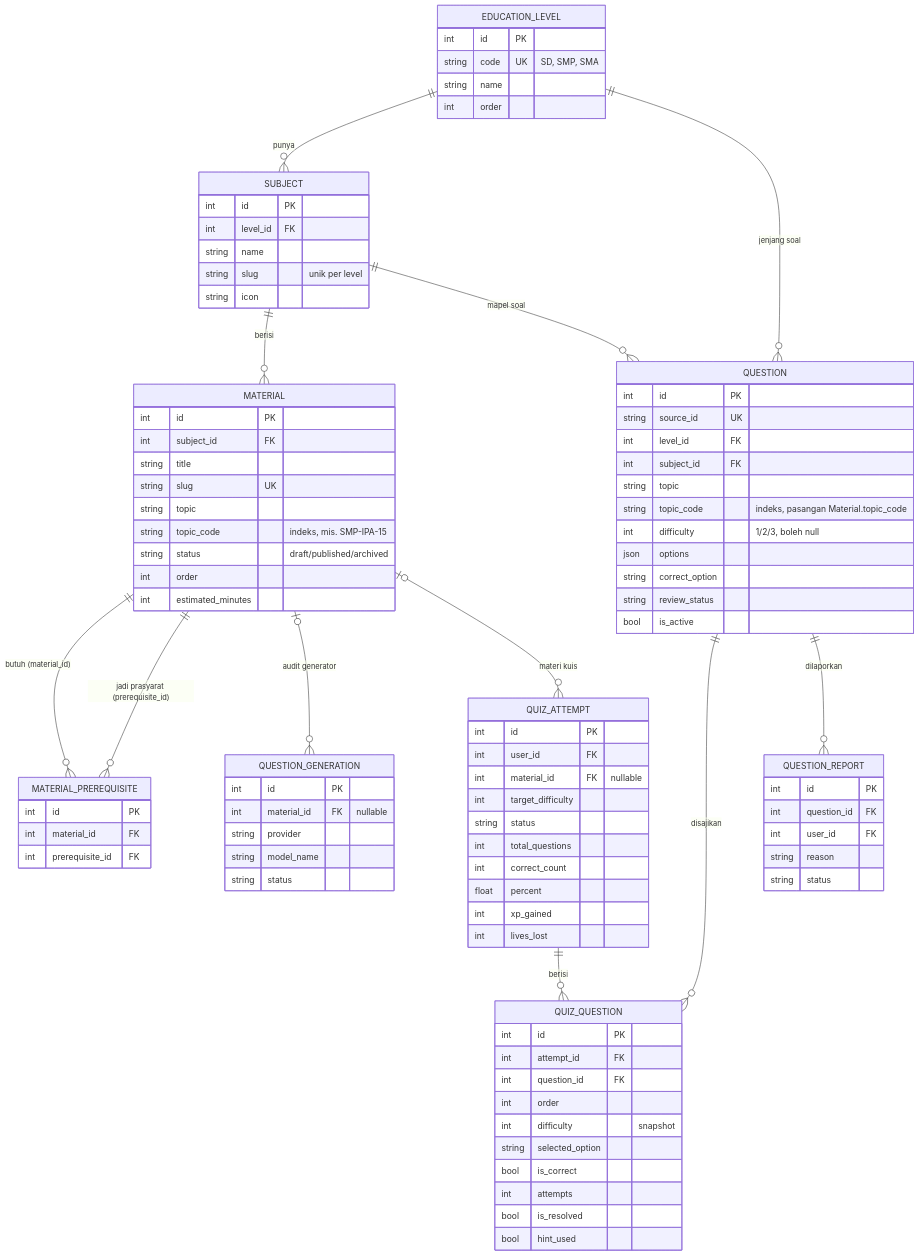
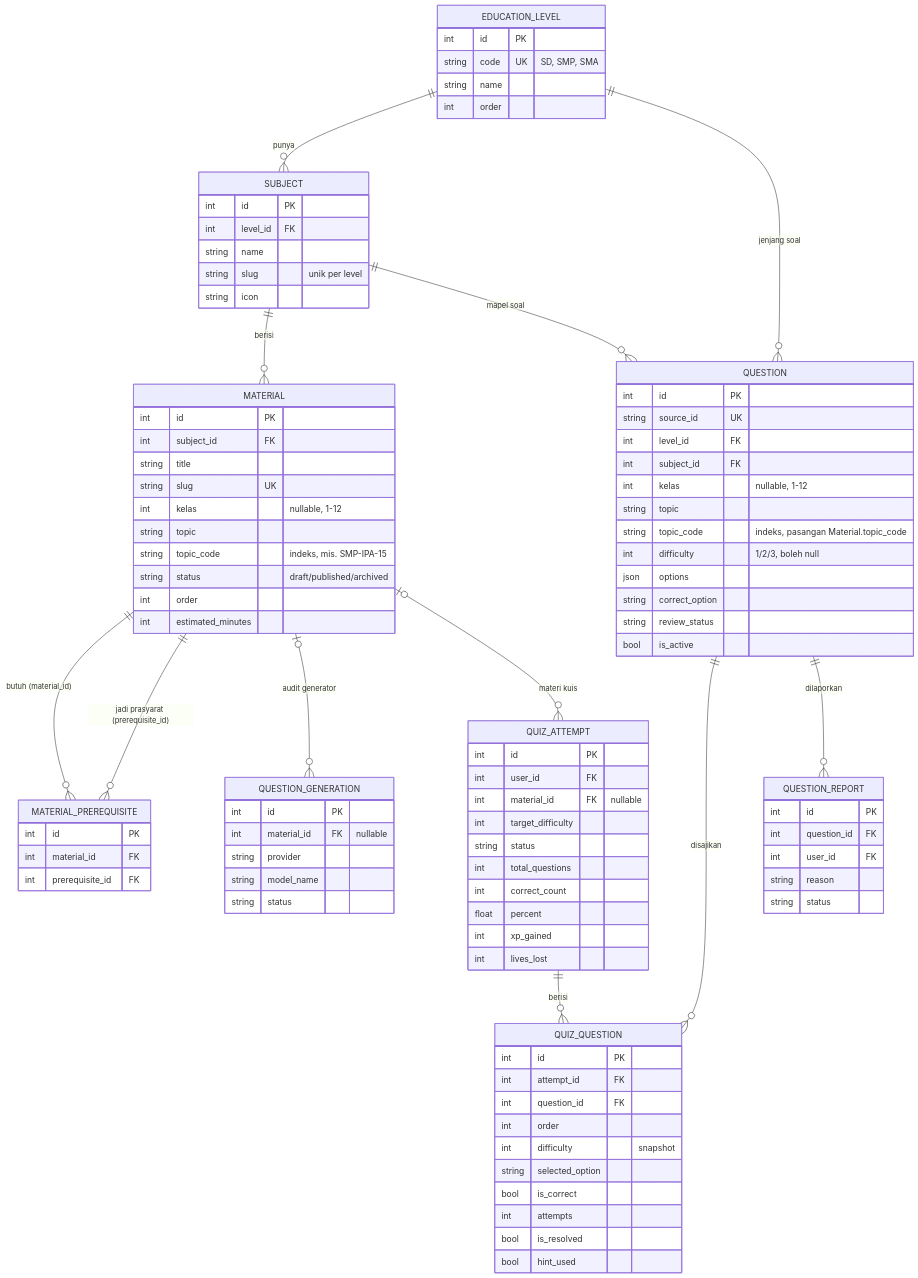
Before and after one commit to MRamdhan/EduQuest: the first of 2 diagrams in docs/ERD_EduQuest.md, drawn with Mermaid. The commit also changed other lines of this file and 37 other files, not shown here.

```diff
--- a/docs/ERD_EduQuest.md
+++ b/docs/ERD_EduQuest.md
@@ -67,6 +67,7 @@
         int subject_id FK
         string title
         string slug UK
+        int kelas "nullable, 1-12"
         string topic
         string topic_code "indeks, mis. SMP-IPA-15"
         string status "draft/published/archived"
@@ -83,6 +84,7 @@
         string source_id UK
         int level_id FK
         int subject_id FK
+        int kelas "nullable, 1-12"
         string topic
         string topic_code "indeks, pasangan Material.topic_code"
         int difficulty "1/2/3, boleh null"
```
